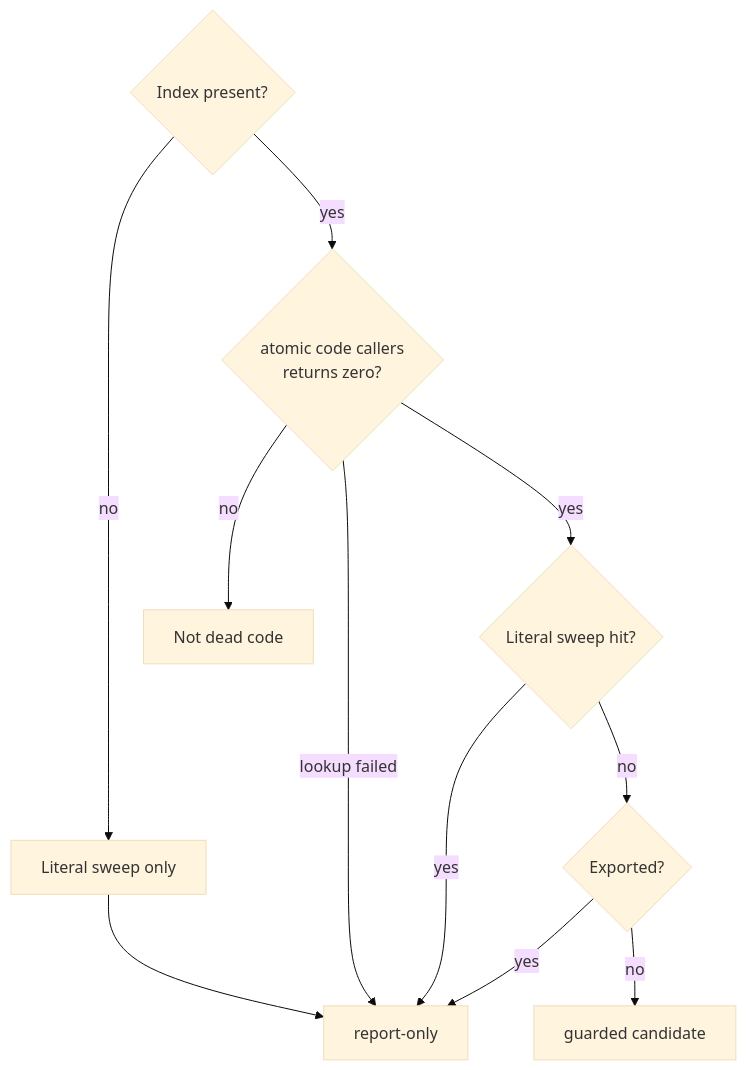
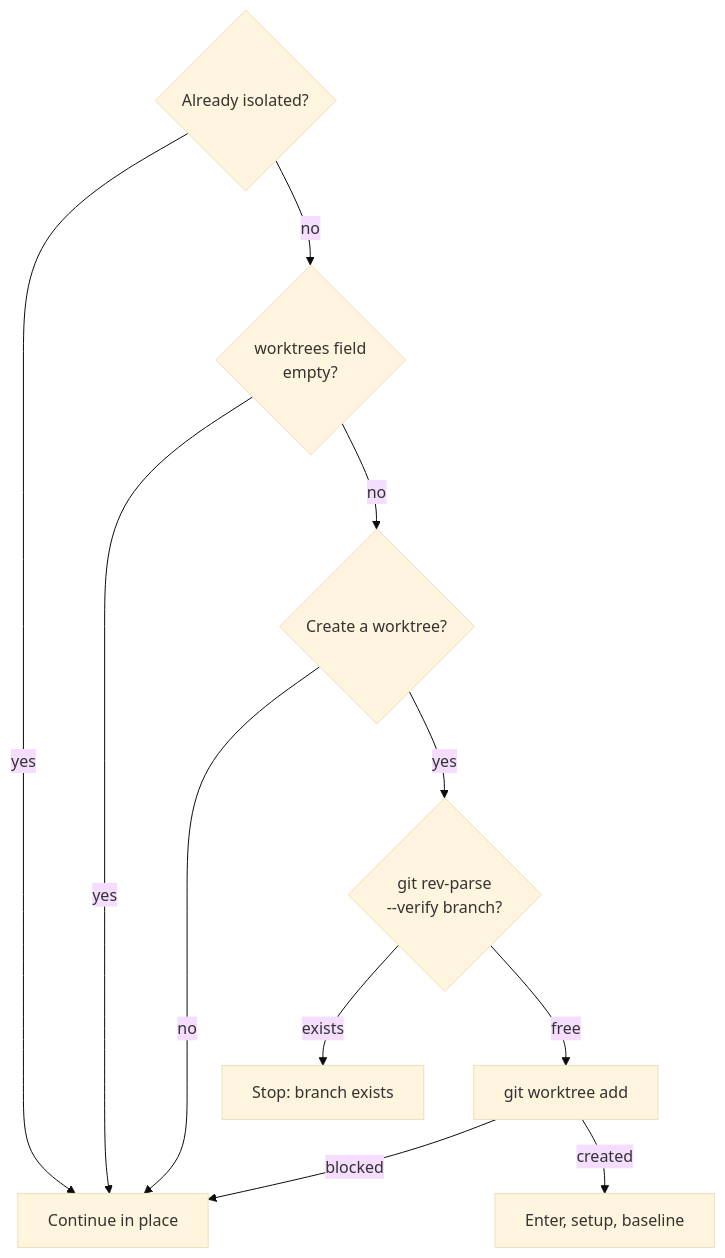
The ninth of 12 diagrams in docs/wiki/workflow.md (damusix/atomic-claude), drawn with Mermaid (base theme) before and after one commit. The commit also changed other lines of this file and 795 other files, not shown here.

First line of the commit message:
feat!: run Atomic on Claude Code, OMP, and Codex

````diff
--- a/docs/wiki/workflow.md
+++ b/docs/wiki/workflow.md
@@ -270,14 +237,14 @@
 ```mermaid
 flowchart TD
-    %% source: context/agents/atomic-deslopper.md
-    I{"Index present?"} -->|no| L["Literal sweep only"]
-    L --> R["report-only"]
-    I -->|yes| C{"atomic code callers<br/>returns zero?"}
-    C -->|no| K["Not dead code"]
-    C -->|lookup failed| R
-    C -->|yes| S{"Literal sweep hit?"}
-    S -->|yes| R
-    S -->|no| E{"Exported?"}
-    E -->|yes| R
-    E -->|no| G["guarded candidate"]
+    %% source: context/_partials/worktree-setup.md, context/skills/atomic-git-discipline/references/worktrees.md
+    I{"Already isolated?"} -->|yes| P["Continue in place"]
+    I -->|no| O{"worktrees field<br/>empty?"}
+    O -->|yes| P
+    O -->|no| A{"Create a worktree?"}
+    A -->|no| P
+    A -->|yes| B{"git rev-parse<br/>--verify branch?"}
+    B -->|exists| S["Stop: branch exists"]
+    B -->|free| W["git worktree add"]
+    W -->|blocked| P
+    W -->|created| E["Enter, setup, baseline"]
 ```
````
